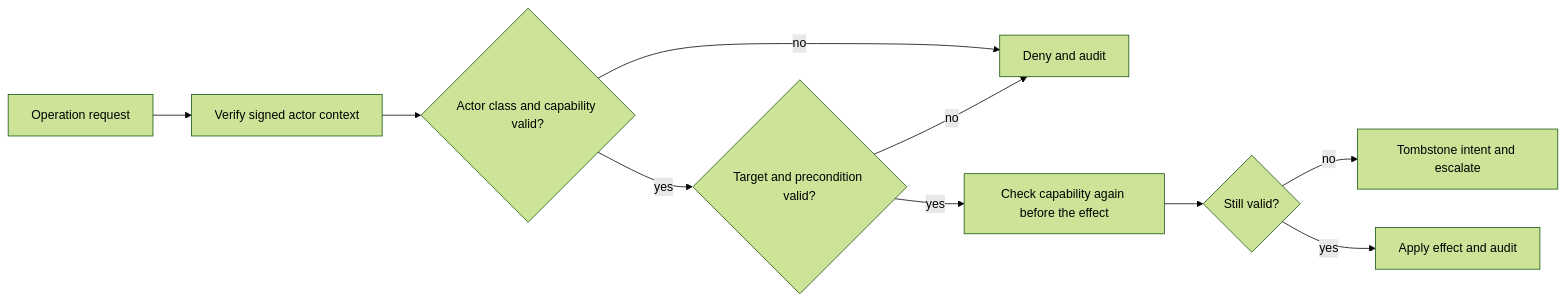
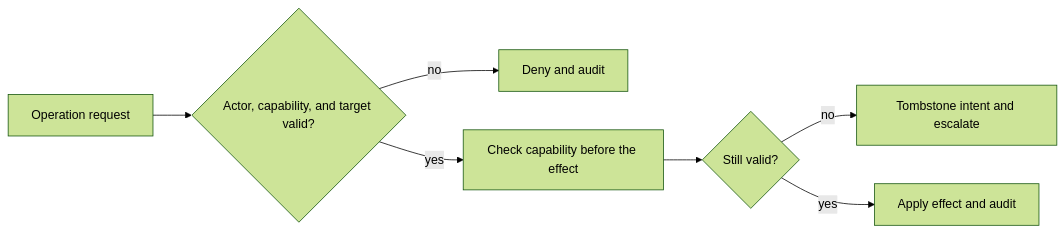
Before and after one commit to piton-lang/factory: the diagram in docs/src/content/docs/guides/security.md, drawn with Mermaid (forest theme). The commit also changed other lines of this file and 37 other files, not shown here.

````diff
--- a/docs/src/content/docs/guides/security.md
+++ b/docs/src/content/docs/guides/security.md
@@ -6,12 +11,9 @@
 ```mermaid
 flowchart LR
-    A["Operation request"] --> B["Verify signed actor context"]
-    B --> C{"Actor class and capability valid?"}
-    C -->|no| D["Deny and audit"]
-    C -->|yes| E{"Target and precondition valid?"}
-    E -->|no| D
-    E -->|yes| F["Check capability again before the effect"]
-    F --> G{"Still valid?"}
-    G -->|no| H["Tombstone intent and escalate"]
-    G -->|yes| I["Apply effect and audit"]
+    A["Operation request"] --> B{"Actor, capability, and target valid?"}
+    B -->|no| C["Deny and audit"]
+    B -->|yes| D["Check capability before the effect"]
+    D --> E{"Still valid?"}
+    E -->|no| F["Tombstone intent and escalate"]
+    E -->|yes| G["Apply effect and audit"]
 ```
````
